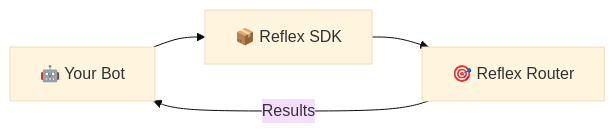
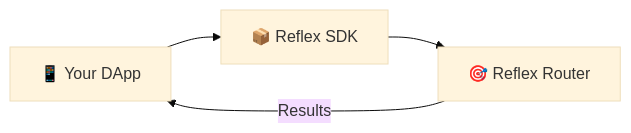
Before and after one commit to reflex-mev/reflex: the third of 4 diagrams in website/docs/technical/integration/overview.md, drawn with Mermaid (base theme). The commit also changed other lines of this file and 3 other files, not shown here.

````diff
--- a/website/docs/technical/integration/overview.md
+++ b/website/docs/technical/integration/overview.md
@@ -36,6 +65,6 @@
 ```mermaid
 graph LR
-    Bot[🤖 Your Bot] --> SDK[📦 Reflex SDK]
+    DApp[📱 Your DApp] --> SDK[📦 Reflex SDK]
     SDK --> Router[🎯 Reflex Router]
-    Router --> |Results| Bot
+    Router --> |Results| DApp
 ```
````
